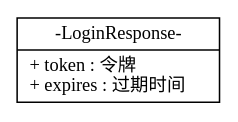
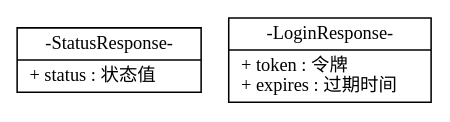
Before and after one commit to ipconfiger/ru_webapi_codebase: the diagram in outputs/response.dot, drawn with Graphviz. The commit also changed 15 other files, not shown here.

```diff
--- a/outputs/response.dot
+++ b/outputs/response.dot
@@ -1,23 +1,26 @@
 digraph G {
   fontname = "Bitstream Vera Sans"
   fontsize = 10
 
   node [
     fontname = "Bitstream Vera Sans"
     fontsize = 12
     shape = "record"
   ]
 
   edge [
     fontname = "Bitstream Vera Sans"
     fontsize = 8
   ]
   
   // 定义类
+  StatusResponse [label = "{ -StatusResponse- |+ status :  状态值\l }"]
+  
+  // 定义类
   LoginResponse [label = "{ -LoginResponse- |+ token :  令牌\l+ expires :  过期时间\l }"]
   
 
   edge [arrowhead = "vee", style = "dashed"]
   
 
 }
```
